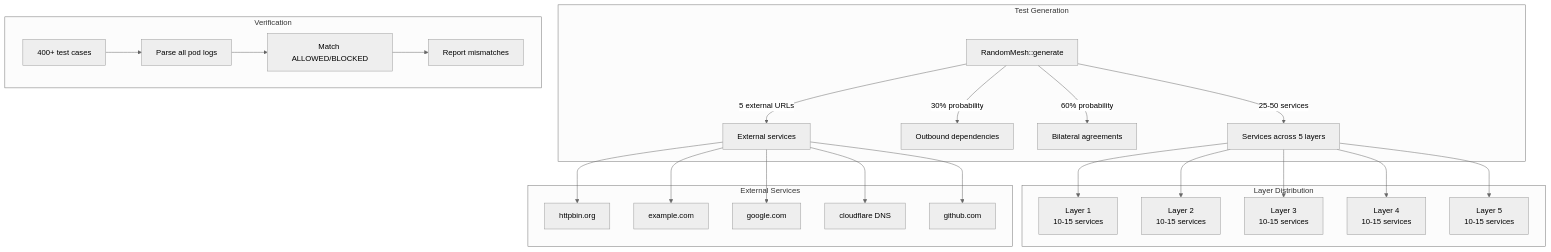
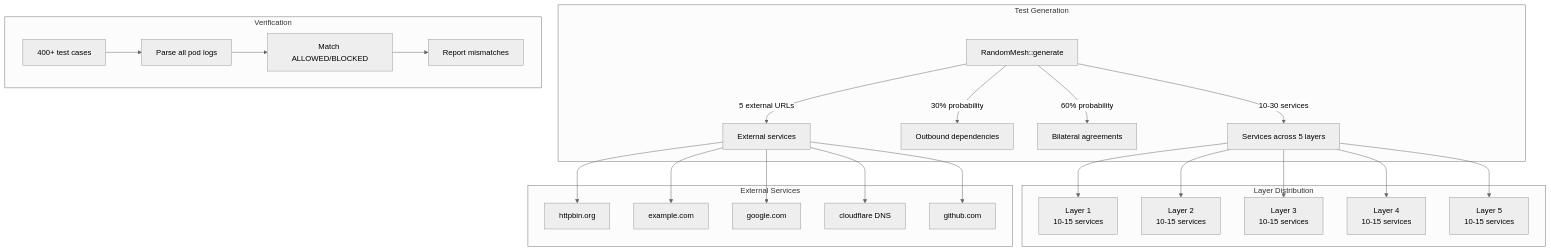
Diagram 12 of 19 in docs/e2e-tests.md (evan-hines-js/lattice), drawn with Mermaid (neutral theme) before and after one commit. The commit also changed other lines of this file and 6 other files, not shown here.

Commit message:
Fix Mermaid syntax in e2e-tests.md

````diff
--- a/docs/e2e-tests.md
+++ b/docs/e2e-tests.md
@@ -404,45 +409,45 @@
 ```mermaid
 flowchart TD
     subgraph "Test Generation"
         GEN[RandomMesh::generate]
-        GEN --> |"25-50 services"| SVC[Services across 5 layers]
+        GEN --> |"10-30 services"| SVC[Services across 5 layers]
         GEN --> |"30% probability"| OUT[Outbound dependencies]
         GEN --> |"60% probability"| BI[Bilateral agreements]
         GEN --> |"5 external URLs"| EXT[External services]
     end
 
     subgraph "Layer Distribution"
         L1[Layer 1<br/>10-15 services]
         L2[Layer 2<br/>10-15 services]
         L3[Layer 3<br/>10-15 services]
         L4[Layer 4<br/>10-15 services]
         L5[Layer 5<br/>10-15 services]
     end
 
     SVC --> L1
     SVC --> L2
     SVC --> L3
     SVC --> L4
     SVC --> L5
 
     subgraph "External Services"
         E1[httpbin.org]
         E2[example.com]
         E3[google.com]
         E4[cloudflare DNS]
         E5[github.com]
     end
 
     EXT --> E1
     EXT --> E2
     EXT --> E3
     EXT --> E4
     EXT --> E5
 
     subgraph "Verification"
         VER[400+ test cases]
         VER --> PARSE[Parse all pod logs]
         PARSE --> MATCH[Match ALLOWED/BLOCKED]
         MATCH --> REPORT[Report mismatches]
     end
 ```
````
